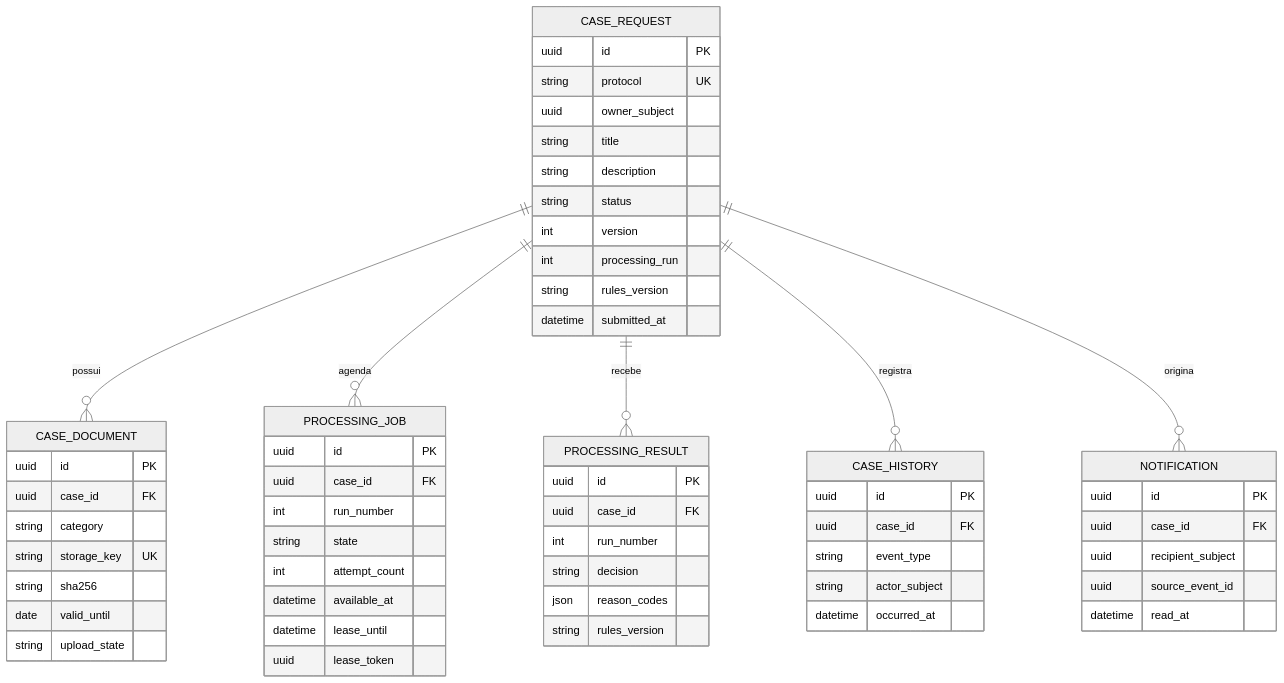
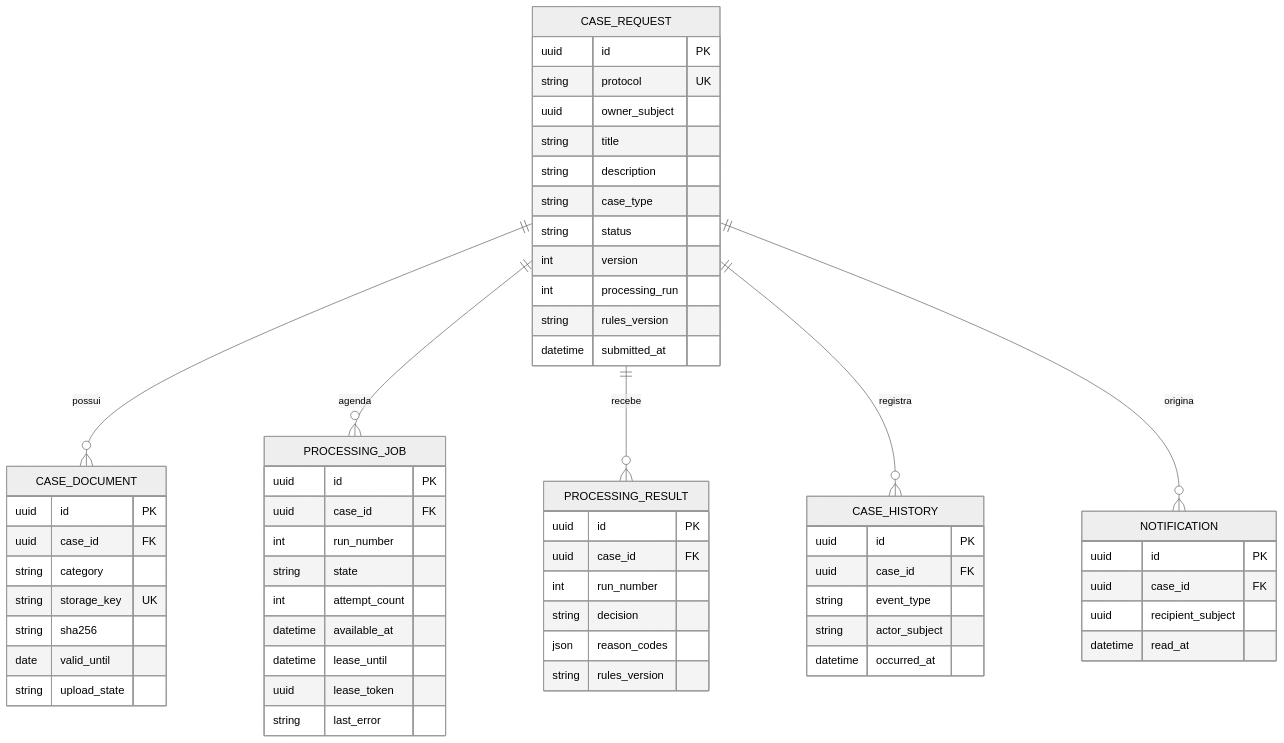
Before and after one commit to mari-paz-ft/caseflow: the second of 4 diagrams in docs/CaseFlow-Arquitetura-Pratica.md, drawn with Mermaid (neutral theme). The commit also changed other lines of this file and 178 other files, not shown here.

````diff
--- a/docs/CaseFlow-Arquitetura-Pratica.md
+++ b/docs/CaseFlow-Arquitetura-Pratica.md
@@ -115,62 +109,63 @@
 ```mermaid
 erDiagram
     CASE_REQUEST ||--o{ CASE_DOCUMENT : possui
     CASE_REQUEST ||--o{ PROCESSING_JOB : agenda
     CASE_REQUEST ||--o{ PROCESSING_RESULT : recebe
     CASE_REQUEST ||--o{ CASE_HISTORY : registra
     CASE_REQUEST ||--o{ NOTIFICATION : origina
 
     CASE_REQUEST {
         uuid id PK
         string protocol UK
         uuid owner_subject
         string title
         string description
+        string case_type
         string status
         int version
         int processing_run
         string rules_version
         datetime submitted_at
     }
     CASE_DOCUMENT {
         uuid id PK
         uuid case_id FK
         string category
         string storage_key UK
         string sha256
         date valid_until
         string upload_state
     }
     PROCESSING_JOB {
         uuid id PK
         uuid case_id FK
         int run_number
         string state
         int attempt_count
         datetime available_at
         datetime lease_until
         uuid lease_token
+        string last_error
     }
     PROCESSING_RESULT {
         uuid id PK
         uuid case_id FK
         int run_number
         string decision
         json reason_codes
         string rules_version
     }
     CASE_HISTORY {
         uuid id PK
         uuid case_id FK
         string event_type
         string actor_subject
         datetime occurred_at
     }
     NOTIFICATION {
         uuid id PK
         uuid case_id FK
         uuid recipient_subject
-        uuid source_event_id
         datetime read_at
     }
 ```
````
